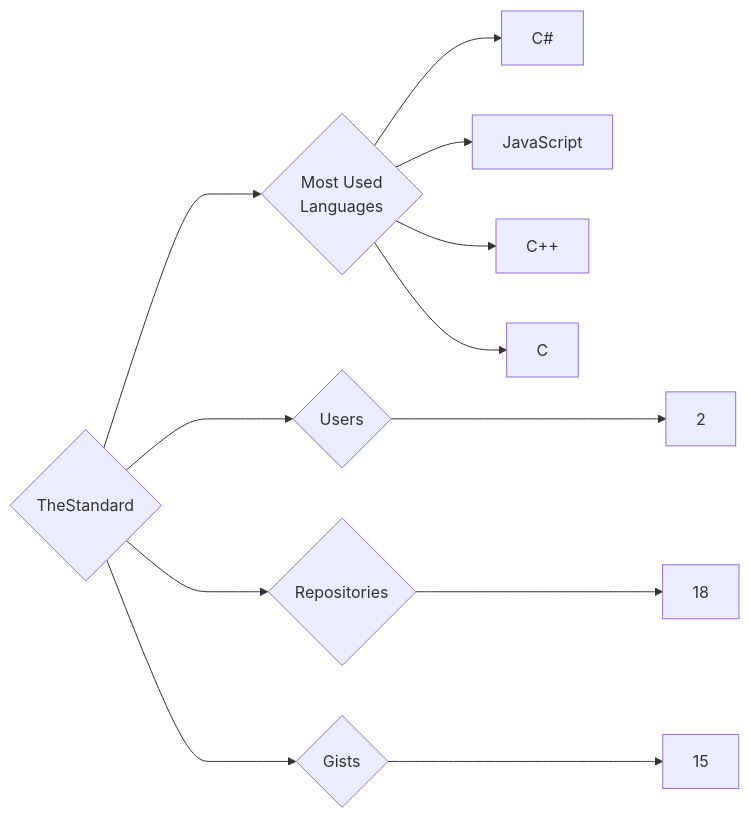
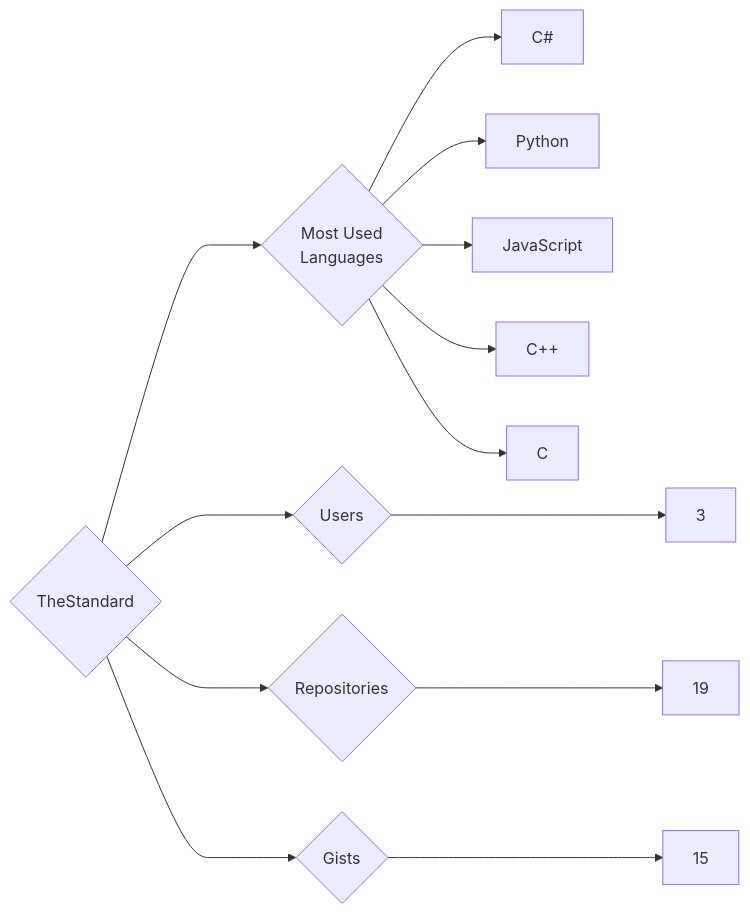
Before and after one commit to trickest/insiders: the diagram in targets/TheStandard/README.md, drawn with Mermaid. The commit also changed 1389 other files, not shown here.

````diff
--- a/targets/TheStandard/README.md
+++ b/targets/TheStandard/README.md
@@ -3,12 +3,13 @@
 ```mermaid
 graph LR
 COMPANY_NAME{TheStandard}
-COMPANY_NAME ---> U{Users} ---> UN[2]
-COMPANY_NAME ---> R{Repositories} ---> RN[18]
+COMPANY_NAME ---> U{Users} ---> UN[3]
+COMPANY_NAME ---> R{Repositories} ---> RN[19]
 COMPANY_NAME ---> G{Gists} ---> GN[15]
 COMPANY_NAME ---> ML{Most Used<br>Languages}
 ML --> C#[C#]
+ML --> Python[Python]
 ML --> JavaScript[JavaScript]
 ML --> C++[C++]
 ML --> C[C]
 ```
````
